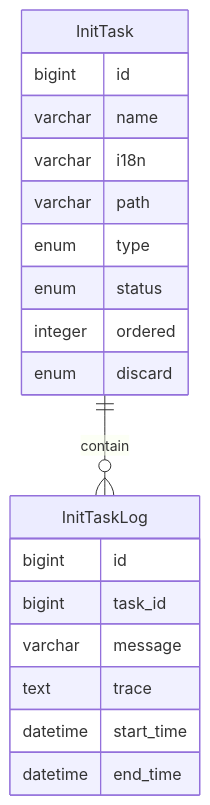
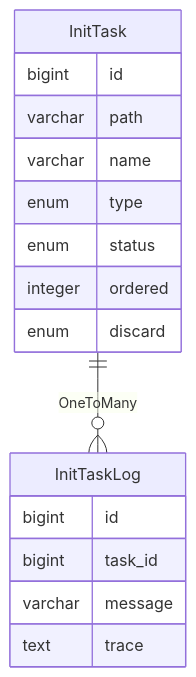
One commit to mrzhqiang/rowing changed the diagram in docs/develop/2.init.md. Above: the diagram before and after it, drawn with Mermaid. The commit also changed other lines of this file, not shown here.

````diff
--- a/docs/develop/2.init.md
+++ b/docs/develop/2.init.md
@@ -18,22 +25,19 @@
 ```mermaid
 erDiagram
-    InitTask ||--o{ InitTaskLog : contain
+    InitTask ||--o{ InitTaskLog : OneToMany
     InitTask {
         bigint id
+        varchar path
         varchar name
-        varchar i18n
-        varchar path
         enum type
         enum status
         integer ordered
         enum discard
     }
     InitTaskLog {
         bigint id
         bigint task_id
         varchar message
         text trace
-        datetime start_time
-        datetime end_time
     }
 ```
````
